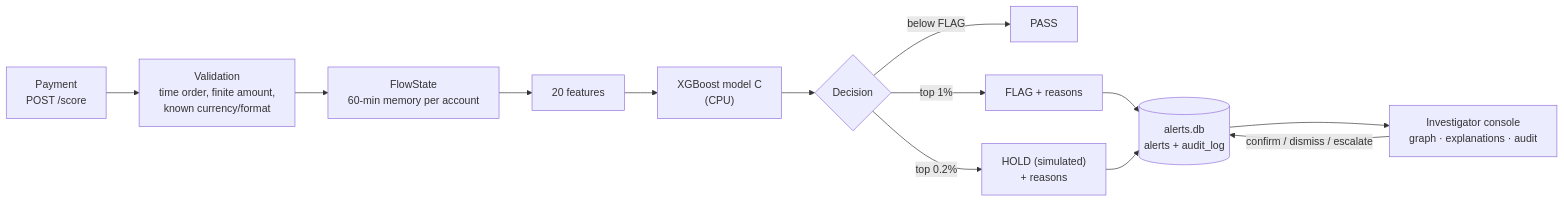
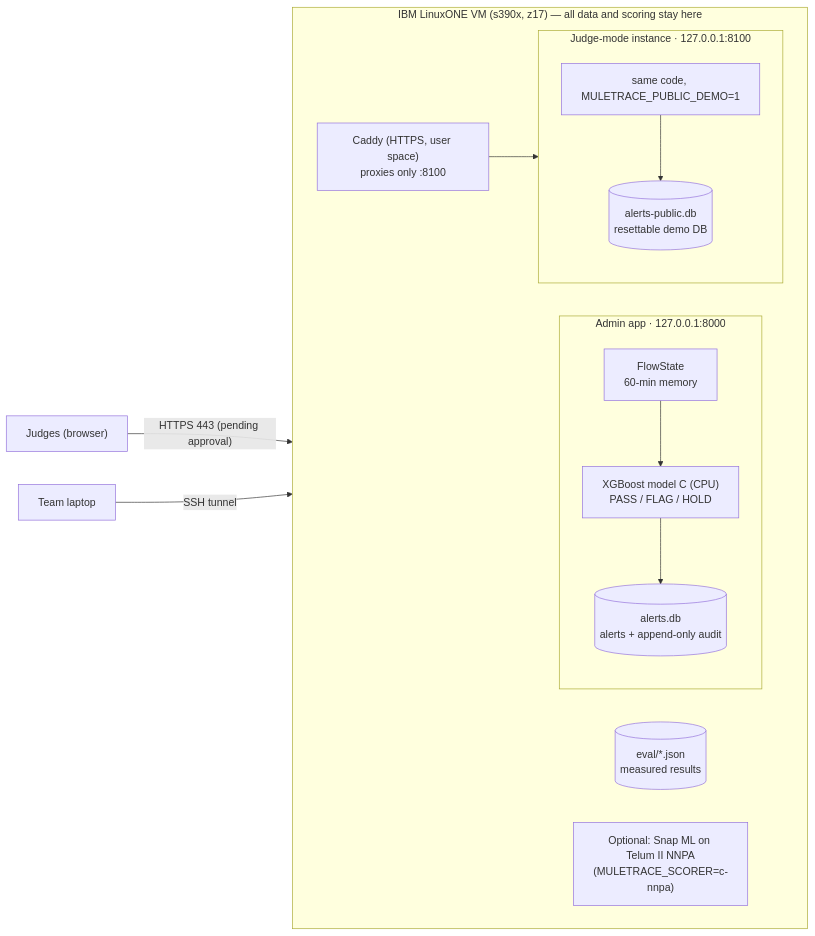
One commit to Adib-07/MULETRACE changed the diagram in README.md. Above: the diagram before and after it, drawn with Mermaid. The commit also changed other lines of this file and 1 other file, not shown here.

````diff
--- a/README.md
+++ b/README.md
@@ -66,15 +67,18 @@
 ```mermaid
 flowchart LR
-    P["Payment<br/>POST /score"] --> V["Validation<br/>time order, finite amount,<br/>known currency/format"]
-    V --> S["FlowState<br/>60-min memory per account"]
-    S --> F["20 features"]
-    F --> M["XGBoost model C<br/>(CPU)"]
-    M --> D{"Decision"}
-    D -->|"below FLAG"| A["PASS"]
-    D -->|"top 1%"| R["FLAG + reasons"]
-    D -->|"top 0.2%"| H["HOLD (simulated)<br/>+ reasons"]
-    R --> Q[("alerts.db<br/>alerts + audit_log")]
-    H --> Q
-    Q --> C["Investigator console<br/>graph · explanations · audit"]
-    C -->|"confirm / dismiss / escalate"| Q
+    subgraph L1["IBM LinuxONE VM (s390x, z17) — all data and scoring stay here"]
+        direction LR
+        subgraph ADMIN["Admin app · 127.0.0.1:8000"]
+            S1["FlowState<br/>60-min memory"] --> M1["XGBoost model C (CPU)<br/>PASS / FLAG / HOLD"]
+            M1 --> DB1[("alerts.db<br/>alerts + append-only audit")]
+        end
+        subgraph PUB["Judge-mode instance · 127.0.0.1:8100"]
+            S2["same code, MULETRACE_PUBLIC_DEMO=1"] --> DB2[("alerts-public.db<br/>resettable demo DB")]
+        end
+        CADDY["Caddy (HTTPS, user space)<br/>proxies only :8100"] --> PUB
+        EVAL[("eval/*.json<br/>measured results")]
+        NNPA["Optional: Snap ML on Telum II NNPA<br/>(MULETRACE_SCORER=c-nnpa)"]
+    end
+    LAPTOP["Team laptop"] -- "SSH tunnel" --> ADMIN
+    JUDGE["Judges (browser)"] -- "HTTPS 443 (pending approval)" --> CADDY
 ```
````
